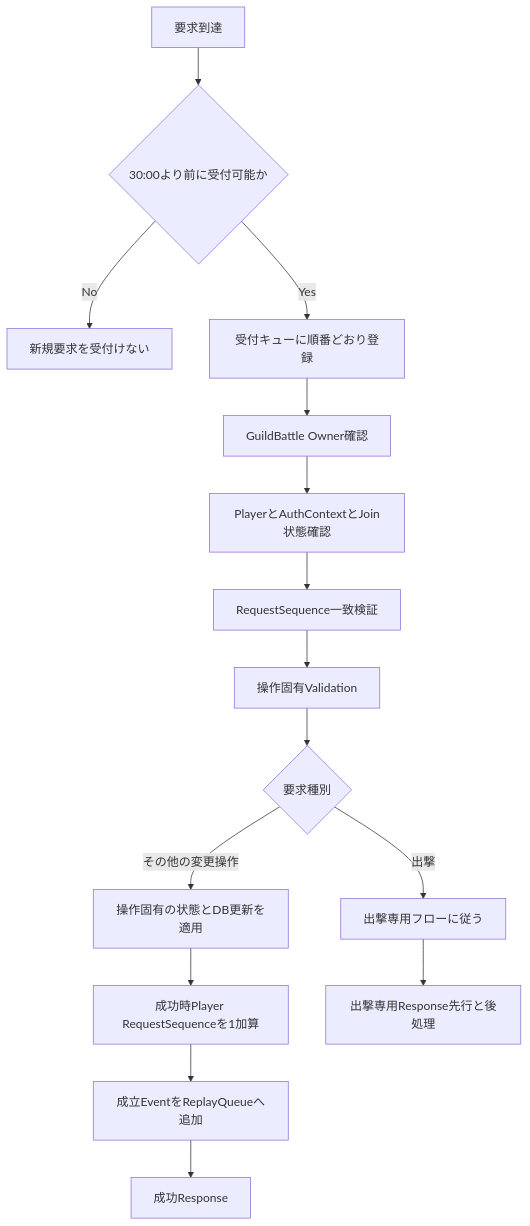
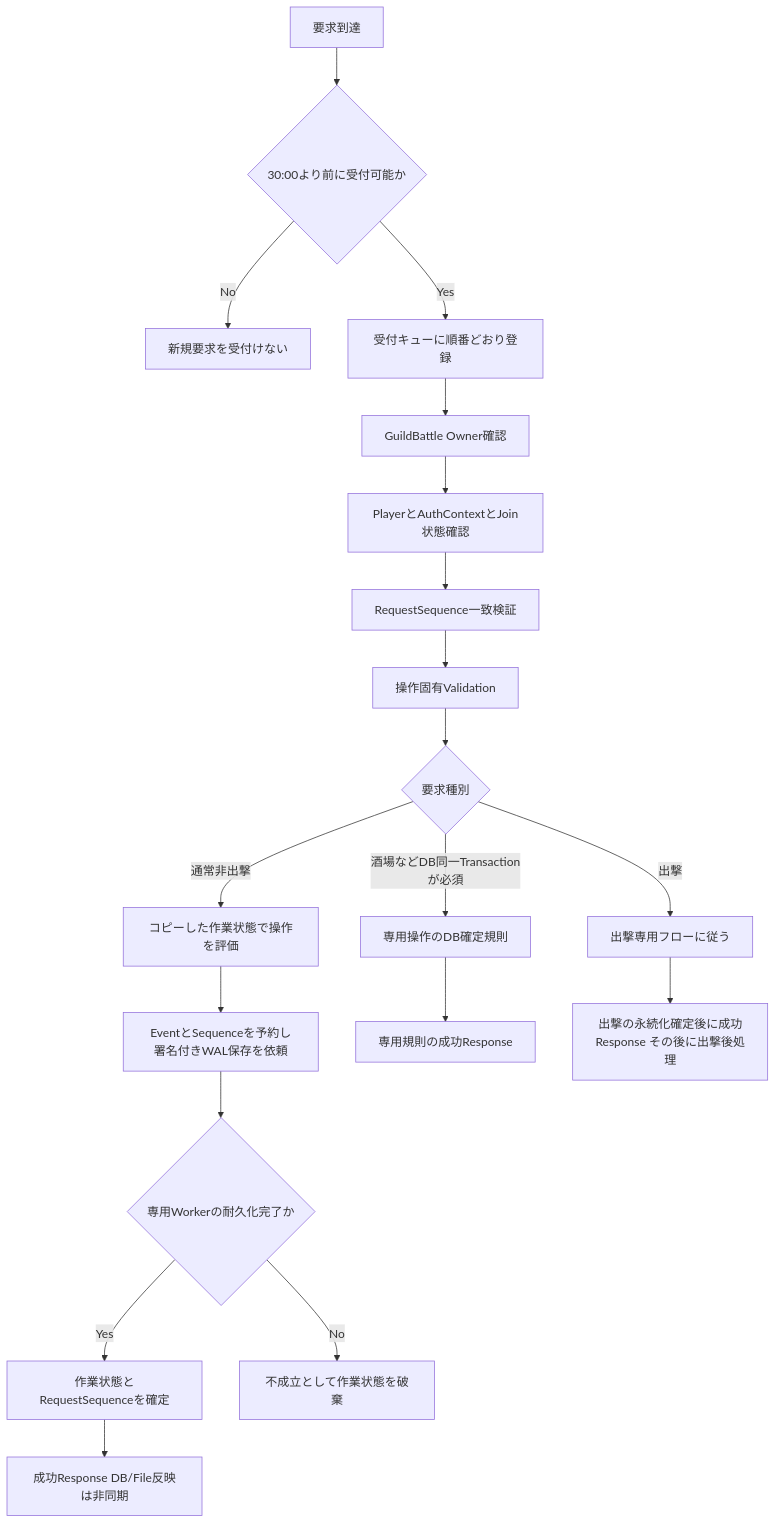
The second of 5 diagrams in design/programming/server/guild_battle_runtime.md (ReHydrangeaOdyssey/Specifications), drawn with Mermaid before and after one commit. The commit also changed other lines of this file and 25 other files, not shown here.

````diff
--- a/design/programming/server/guild_battle_runtime.md
+++ b/design/programming/server/guild_battle_runtime.md
@@ -84,17 +84,21 @@
 ```mermaid
 flowchart TD
     R[要求到達] --> T{30:00より前に受付可能か}
     T -->|No| REJ[新規要求を受付けない]
     T -->|Yes| Q[受付キューに順番どおり登録]
     Q --> O[GuildBattle Owner確認]
     O --> A[PlayerとAuthContextとJoin状態確認]
     A --> S[RequestSequence一致検証]
     S --> V[操作固有Validation]
     V --> F{要求種別}
     F -->|出撃| SO[出撃専用フローに従う]
-    F -->|その他の変更操作| M[操作固有の状態とDB更新を適用]
-    M --> N[成功時Player RequestSequenceを1加算]
-    N --> E[成立EventをReplayQueueへ追加]
-    E --> RES[成功Response]
-    SO --> SR[出撃専用Response先行と後処理]
+    F -->|通常非出撃| M[コピーした作業状態で操作を評価]
+    M --> E[EventとSequenceを予約し署名付きWAL保存を依頼]
+    E --> W{専用Workerの耐久化完了か}
+    W -->|Yes| N[作業状態とRequestSequenceを確定]
+    N --> RES[成功Response DB/File反映は非同期]
+    W -->|No| REJ2[不成立として作業状態を破棄]
+    F -->|酒場などDB同一Transactionが必須| DBTX[専用操作のDB確定規則]
+    DBTX --> RES2[専用規則の成功Response]
+    SO --> SR[出撃の永続化確定後に成功Response その後に出撃後処理]
 ```
````
